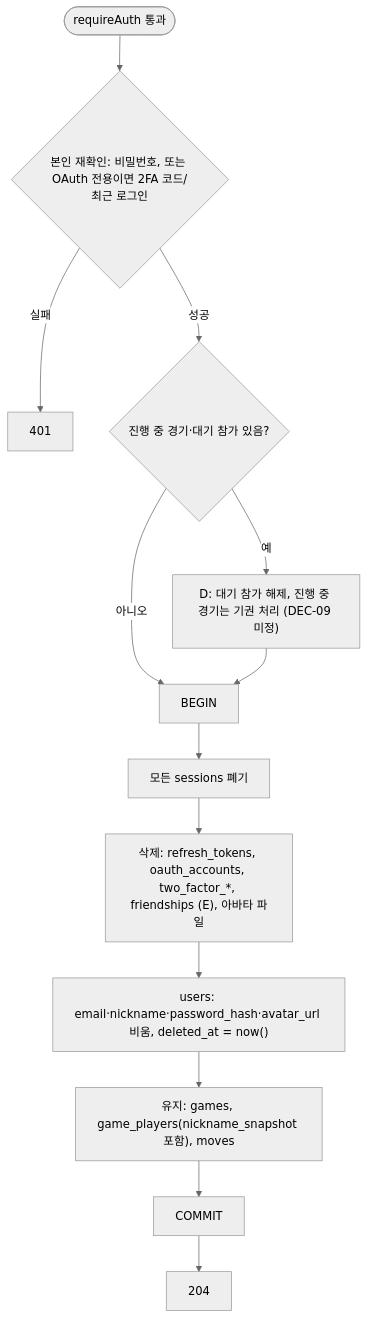
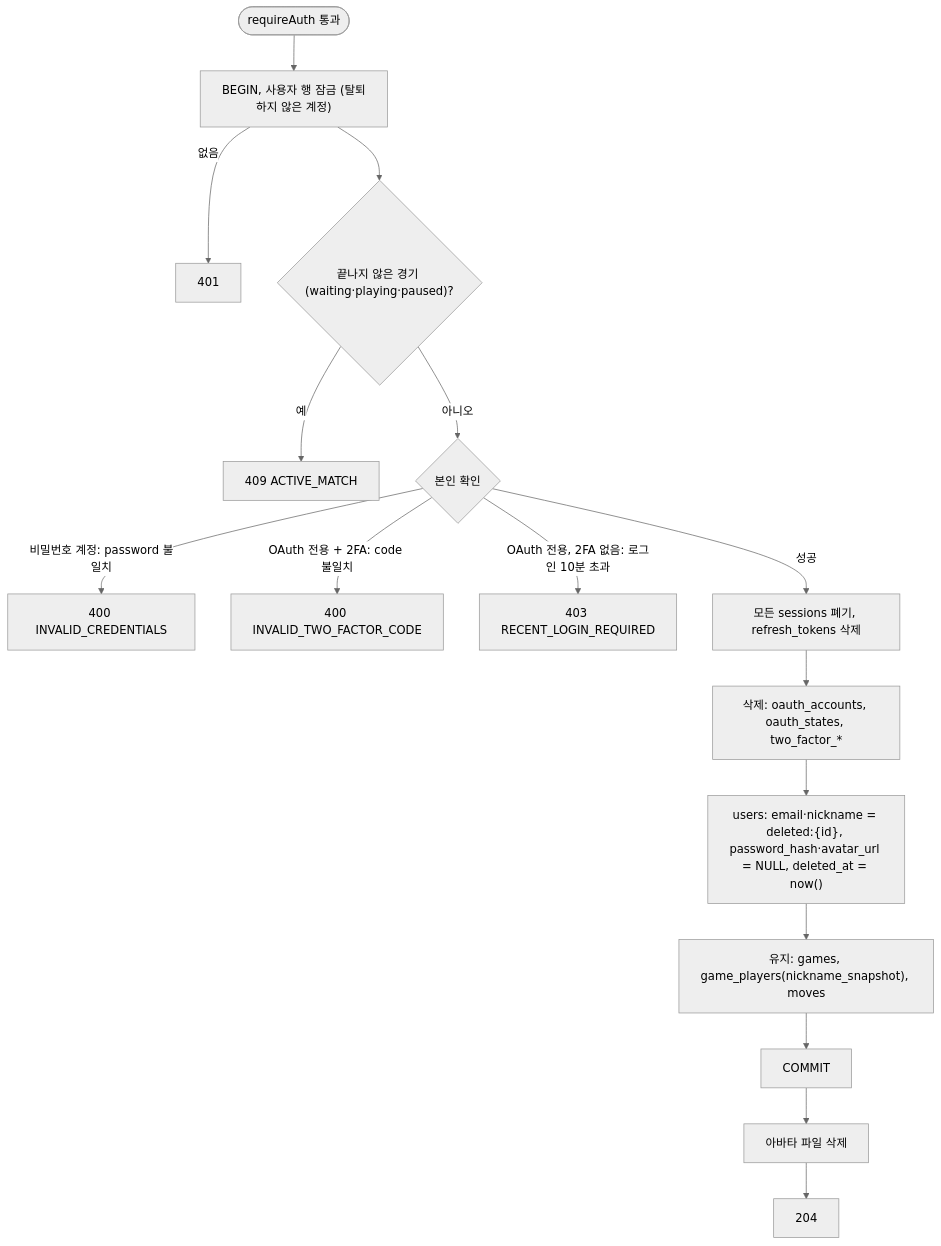
Before and after one commit to EscapeFromGyeongsan/ft_transcendence: diagram 48 of 49 in Document/SDS.md, drawn with Mermaid (neutral theme). The commit also changed other lines of this file and 17 other files, not shown here.

Commit message:
feat(server): add account deletion and match nickname snapshot (#84)

````diff
--- a/Document/SDS.md
+++ b/Document/SDS.md
@@ -1635,14 +1635,16 @@
 ```mermaid
 flowchart TD
-    S([requireAuth 통과]) --> Re{"본인 재확인: 비밀번호, 또는 OAuth 전용이면 2FA 코드/최근 로그인"}
-    Re -->|실패| R401[401]
-    Re -->|성공| Act{진행 중 경기·대기 참가 있음?}
-    Act -->|예| Leave["D: 대기 참가 해제, 진행 중 경기는 기권 처리 (DEC-09 미정)"]
-    Act -->|아니오| Tx
-    Leave --> Tx["BEGIN"]
-    Tx --> Rev[모든 sessions 폐기]
-    Rev --> Wipe["삭제: refresh_tokens, oauth_accounts, two_factor_*, friendships (E), 아바타 파일"]
-    Wipe --> Anon["users: email·nickname·password_hash·avatar_url 비움, deleted_at = now()"]
-    Anon --> Keep["유지: games, game_players(nickname_snapshot 포함), moves"]
-    Keep --> C[COMMIT] --> R204[204]
+    S([requireAuth 통과]) --> Lock["BEGIN, 사용자 행 잠금 (탈퇴하지 않은 계정)"]
+    Lock -->|없음| R401[401]
+    Lock --> Act{"끝나지 않은 경기 (waiting·playing·paused)?"}
+    Act -->|예| R409["409 ACTIVE_MATCH"]
+    Act -->|아니오| Re{본인 확인}
+    Re -->|"비밀번호 계정: password 불일치"| R400P["400 INVALID_CREDENTIALS"]
+    Re -->|"OAuth 전용 + 2FA: code 불일치"| R400C["400 INVALID_TWO_FACTOR_CODE"]
+    Re -->|"OAuth 전용, 2FA 없음: 로그인 10분 초과"| R403["403 RECENT_LOGIN_REQUIRED"]
+    Re -->|성공| Rev["모든 sessions 폐기, refresh_tokens 삭제"]
+    Rev --> Wipe["삭제: oauth_accounts, oauth_states, two_factor_*"]
+    Wipe --> Anon["users: email·nickname = deleted:{id}, password_hash·avatar_url = NULL, deleted_at = now()"]
+    Anon --> Keep["유지: games, game_players(nickname_snapshot), moves"]
+    Keep --> C[COMMIT] --> File[아바타 파일 삭제] --> R204[204]
 ```
````
